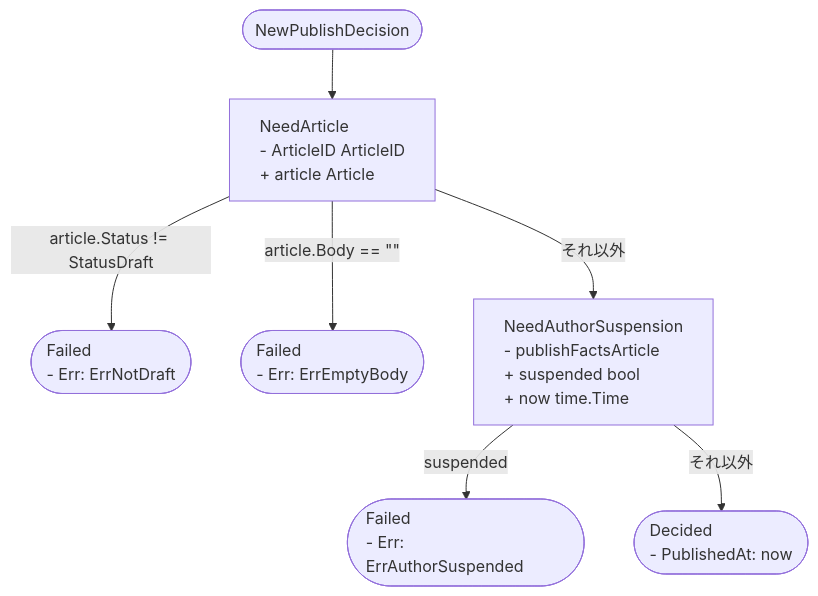
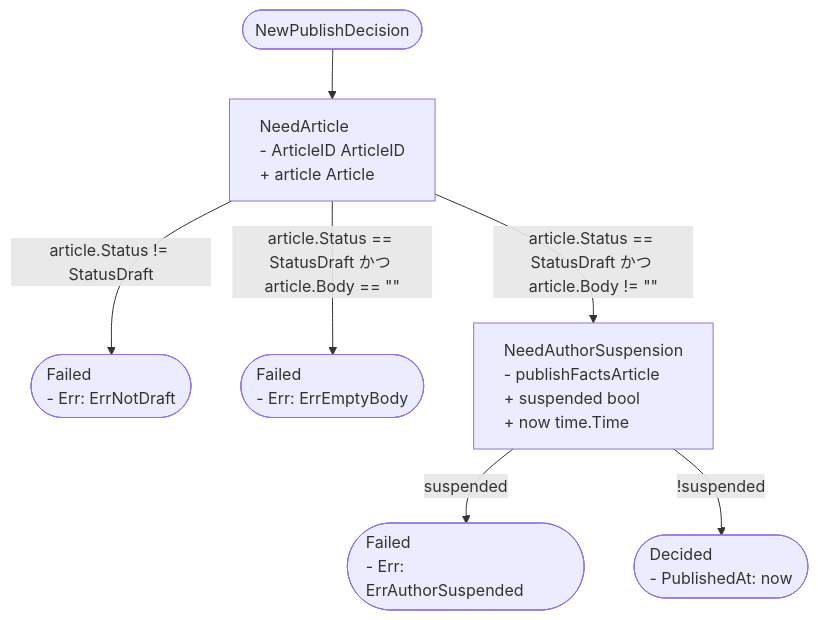
Before and after one commit to tomoemon/go-decision-pattern: the diagram in internal/flow/README.md, drawn with Mermaid. The commit also changed other lines of this file and 4 other files, not shown here.

First line of the commit message:
fix(flow): 遷移ラベルに手前の分岐の否定を伝播する

````diff
--- a/internal/flow/README.md
+++ b/internal/flow/README.md
@@ -68,17 +68,17 @@
 ```mermaid
 flowchart TD
   classDef box text-align:left;
   start0(["NewPublishDecision"])
   start0 --> n0
   n0["NeedArticle<br/>- ArticleID ArticleID<br/>+ article Article"]:::box
   n1(["Failed<br/>- Err: ErrNotDraft"]):::box
   n2(["Failed<br/>- Err: ErrEmptyBody"]):::box
   n3["NeedAuthorSuspension<br/>- publishFactsArticle<br/>+ suspended bool<br/>+ now time.Time"]:::box
   n4(["Failed<br/>- Err: ErrAuthorSuspended"]):::box
   n5(["Decided<br/>- PublishedAt: now"]):::box
   n0 -- "article.Status != StatusDraft" --> n1
-  n0 -- "article.Body == #quot;#quot;" --> n2
-  n0 -- "それ以外" --> n3
+  n0 -- "article.Status == StatusDraft かつ article.Body == #quot;#quot;" --> n2
+  n0 -- "article.Status == StatusDraft かつ article.Body != #quot;#quot;" --> n3
   n3 -- "suspended" --> n4
-  n3 -- "それ以外" --> n5
+  n3 -- "!suspended" --> n5
 ```
````
